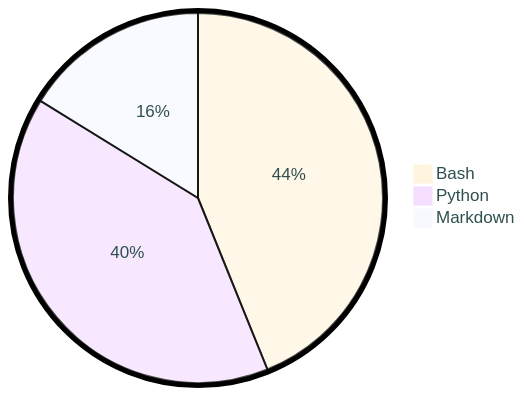
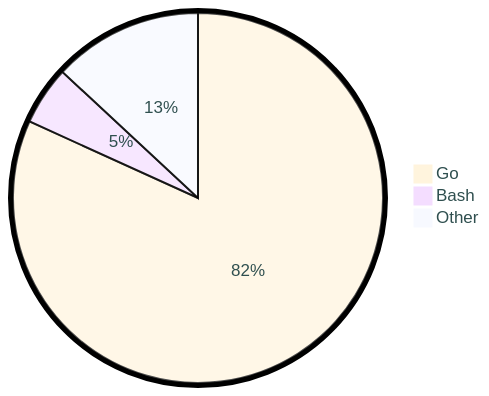
One commit to tot0p/tot0p changed the diagram in README.md. Above: the diagram before and after it, drawn with Mermaid. The commit also changed other lines of this file, not shown here.

````diff
--- a/README.md
+++ b/README.md
@@ -115,7 +124,7 @@
 ```mermaid
 %%{init: {"pie": {"textPosition": 0.5}, "themeVariables": {"pieOuterStrokeWidth": "5px","primaryTextColor" : "#2F4F4F"},"theme":"base"} }%%
 pie
-	"Bash": 43.88
-	"Python": 39.91
-	"Markdown": 16.21
+	"Go": 81.79
+	"Bash": 5.13
+	"Other": 13.080000000000002
 ```
````
